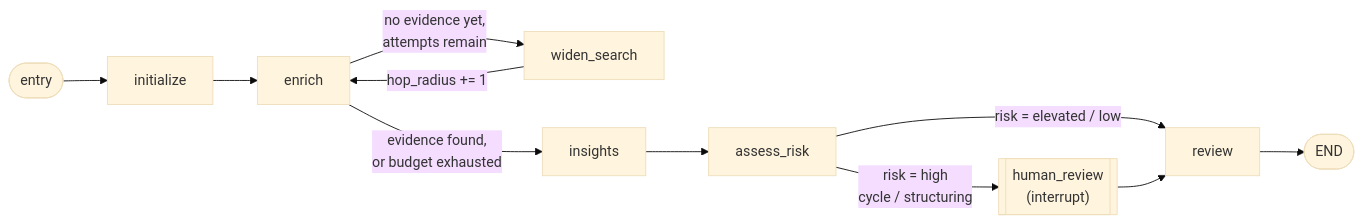
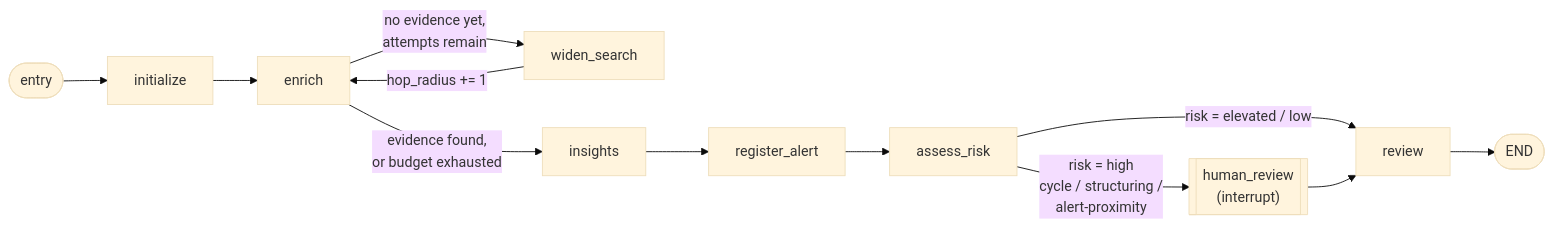
One commit to waldyrturquetti/aml-langgraph-neo4j changed the diagram in README.md. Above: the diagram before and after it, drawn with Mermaid (base theme). The commit also changed other lines of this file and 26 other files, not shown here.

````diff
--- a/README.md
+++ b/README.md
@@ -58,13 +61,14 @@
 ```mermaid
 flowchart LR
     START([entry]) --> A[initialize]
     A --> B[enrich]
     B -->|no evidence yet,<br/>attempts remain| W[widen_search]
     W -->|hop_radius += 1| B
     B -->|evidence found,<br/>or budget exhausted| I[insights]
-    I --> R[assess_risk]
-    R -->|risk = high<br/>cycle / structuring| H[["human_review<br/>(interrupt)"]]
+    I --> RA[register_alert]
+    RA --> R[assess_risk]
+    R -->|risk = high<br/>cycle / structuring /<br/>alert-proximity| H[["human_review<br/>(interrupt)"]]
     R -->|risk = elevated / low| V[review]
     H --> V
     V --> END([END])
 ```
````
